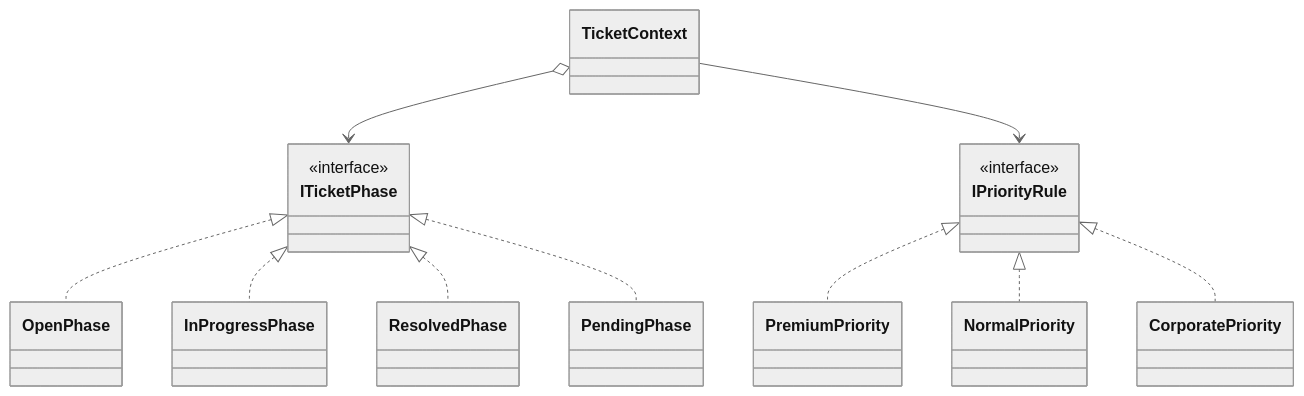
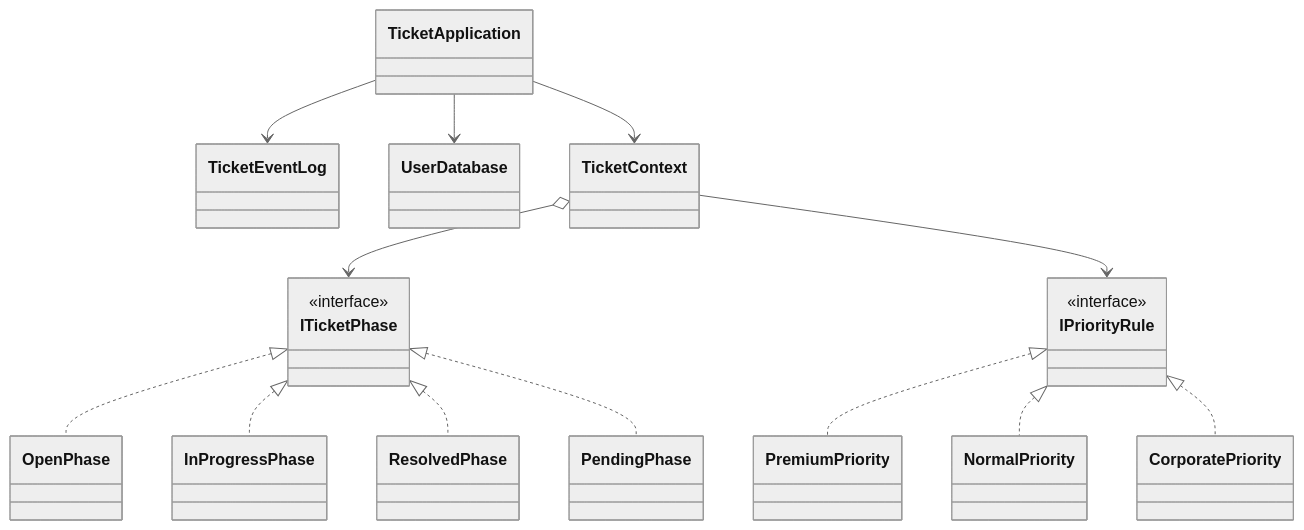
The ninth of 14 diagrams in kindle/design-patterns/output/chapter09_2.md (kumachan1101-pixel/DesignPattern), drawn with Mermaid (neutral theme) before and after one commit. The commit also changed other lines of this file and 19 other files, not shown here.

````diff
--- a/kindle/design-patterns/output/chapter09_2.md
+++ b/kindle/design-patterns/output/chapter09_2.md
@@ -1611,22 +1439,28 @@
 ```mermaid
 classDiagram
+    class TicketApplication
+    class TicketEventLog
+    class UserDatabase
     class TicketContext
     class ITicketPhase { <<interface>> }
     class OpenPhase
     class InProgressPhase
     class ResolvedPhase
     class PendingPhase
     class IPriorityRule { <<interface>> }
     class PremiumPriority
     class NormalPriority
     class CorporatePriority
     TicketContext o--> ITicketPhase
     ITicketPhase <|.. OpenPhase
     ITicketPhase <|.. InProgressPhase
     ITicketPhase <|.. ResolvedPhase
     ITicketPhase <|.. PendingPhase
     TicketContext --> IPriorityRule
     IPriorityRule <|.. PremiumPriority
     IPriorityRule <|.. NormalPriority
     IPriorityRule <|.. CorporatePriority
+    TicketApplication --> TicketContext
+    TicketApplication --> TicketEventLog
+    TicketApplication --> UserDatabase
 ```
````
